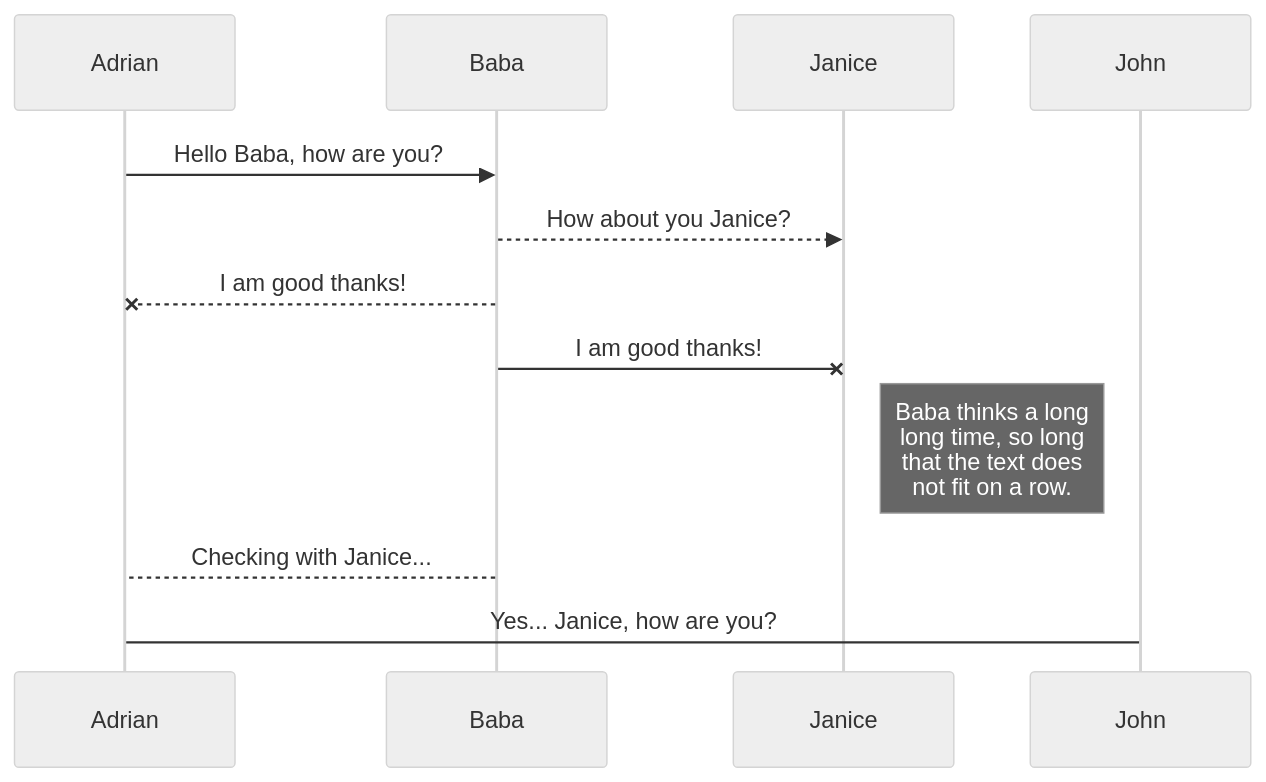
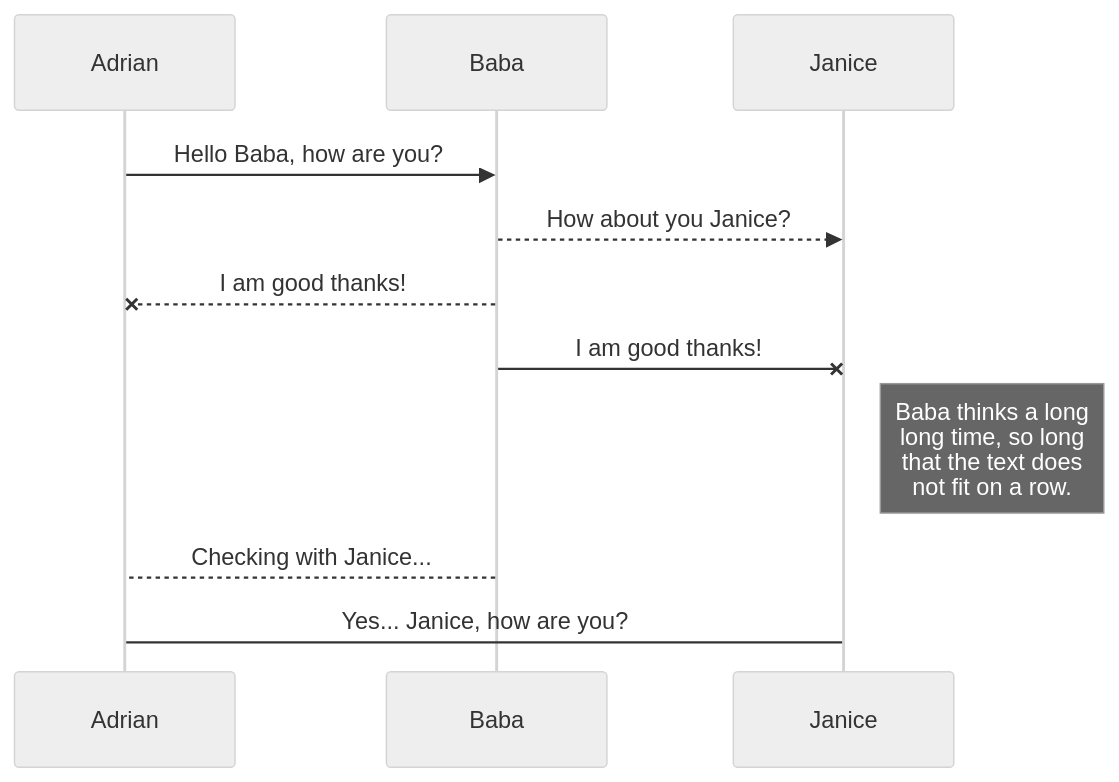
One commit to drshahizan/learn-github changed the diagram in exercise/yypang2/readme.md. Above: the diagram before and after it, drawn with Mermaid (neutral theme).

````diff
--- a/exercise/yypang2/readme.md
+++ b/exercise/yypang2/readme.md
@@ -43,11 +43,11 @@
 ```mermaid
 sequenceDiagram
 Adrian ->> Baba: Hello Baba, how are you?
 Baba-->>Janice: How about you Janice?
 Baba--x Adrian: I am good thanks!
 Baba-x Janice: I am good thanks!
 Note right of Janice: Baba thinks a long<br/>long time, so long<br/>that the text does<br/>not fit on a row.
 
 Baba-->Adrian: Checking with Janice...
-Adrian->John: Yes... Janice, how are you?
+Adrian->Janice: Yes... Janice, how are you?
 ```
````
